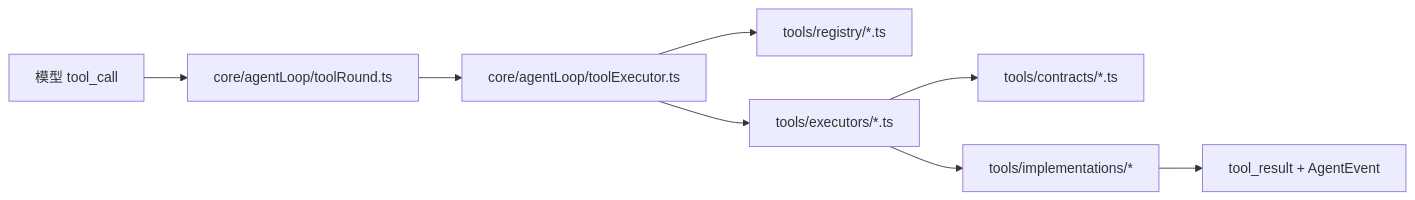
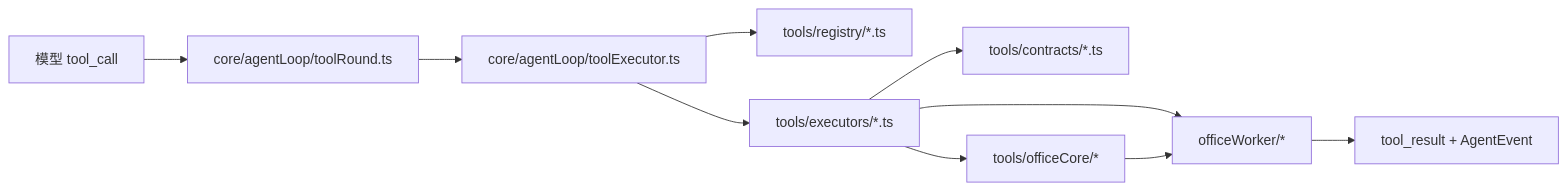
One commit to Laowang3366/excel-ai-plugin-new-feature changed the sixth of 11 diagrams in docs/architecture-map.md. Above: the diagram before and after it, drawn with Mermaid. The commit also changed other lines of this file and 263 other files, not shown here.

````diff
--- a/docs/architecture-map.md
+++ b/docs/architecture-map.md
@@ -266,19 +266,22 @@
 ```mermaid
 flowchart LR
   Model["模型 tool_call"]
   ToolRound["core/agentLoop/toolRound.ts"]
   ToolExecutor["core/agentLoop/toolExecutor.ts"]
   Registry["tools/registry/*.ts"]
   Executors["tools/executors/*.ts"]
   Contracts["tools/contracts/*.ts"]
-  Implementations["tools/implementations/*"]
+  OfficeCore["tools/officeCore/*"]
+  WorkerBridges["officeWorker/*"]
   Result["tool_result + AgentEvent"]
 
   Model --> ToolRound
   ToolRound --> ToolExecutor
   ToolExecutor --> Registry
   ToolExecutor --> Executors
   Executors --> Contracts
-  Executors --> Implementations
-  Implementations --> Result
+  Executors --> OfficeCore
+  Executors --> WorkerBridges
+  OfficeCore --> WorkerBridges
+  WorkerBridges --> Result
 ```
````
